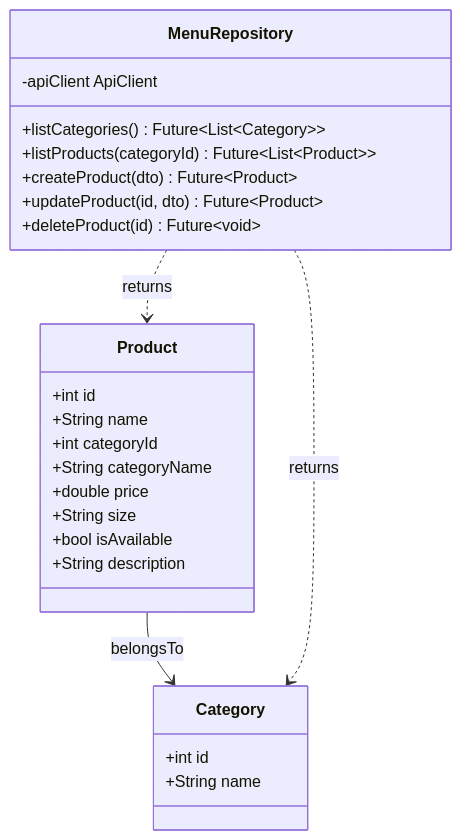
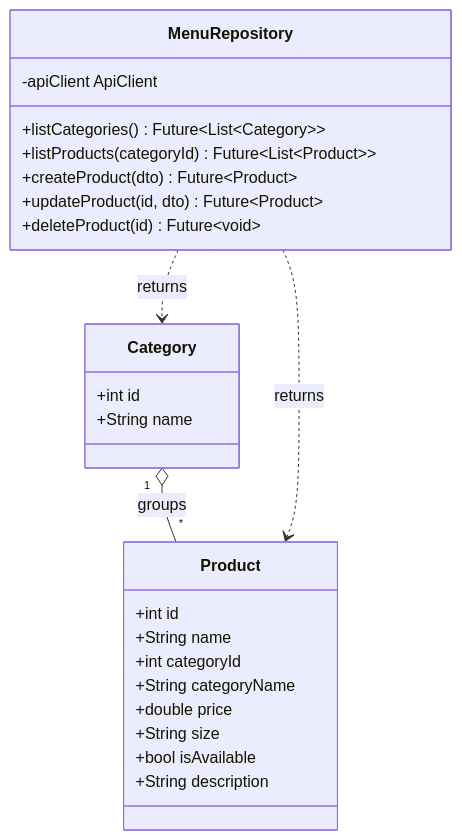
One commit to callmehai/Cafe-Shop-Management-System changed the fourth of 17 diagrams in docs/class-diagrams.md. Above: the diagram before and after it, drawn with Mermaid. The commit also changed other lines of this file, not shown here.

First line of the commit message:
docs: fix class diagram relationship arrow types

````diff
--- a/docs/class-diagrams.md
+++ b/docs/class-diagrams.md
@@ -246,31 +259,31 @@
 ```mermaid
 classDiagram
     class Category {
         +int id
         +String name
     }
 
     class Product {
         +int id
         +String name
         +int categoryId
         +String categoryName
         +double price
         +String size
         +bool isAvailable
         +String description
     }
 
     class MenuRepository {
         -apiClient ApiClient
         +listCategories() Future~List~Category~~
         +listProducts(categoryId) Future~List~Product~~
         +createProduct(dto) Future~Product~
         +updateProduct(id, dto) Future~Product~
         +deleteProduct(id) Future~void~
     }
 
-    Product --> Category : belongsTo
+    Category "1" o-- "*" Product : groups
     MenuRepository ..> Product : returns
     MenuRepository ..> Category : returns
 ```
````
